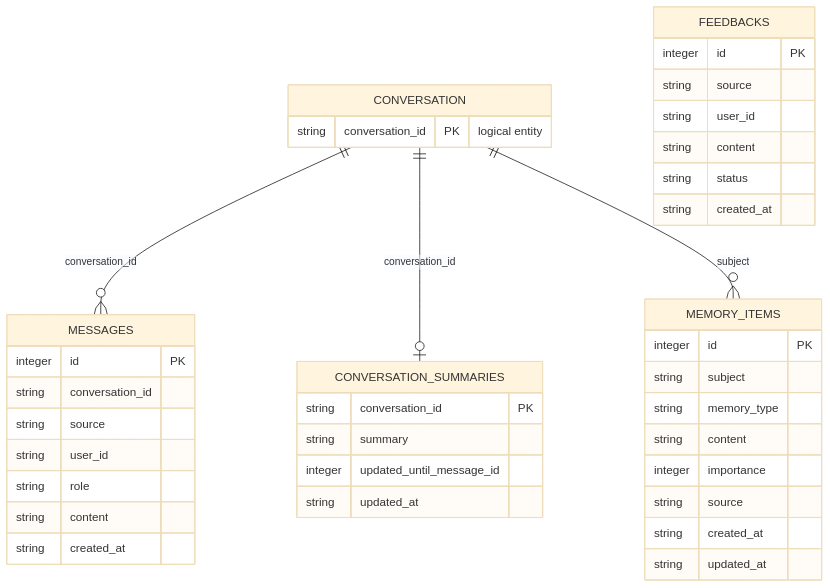
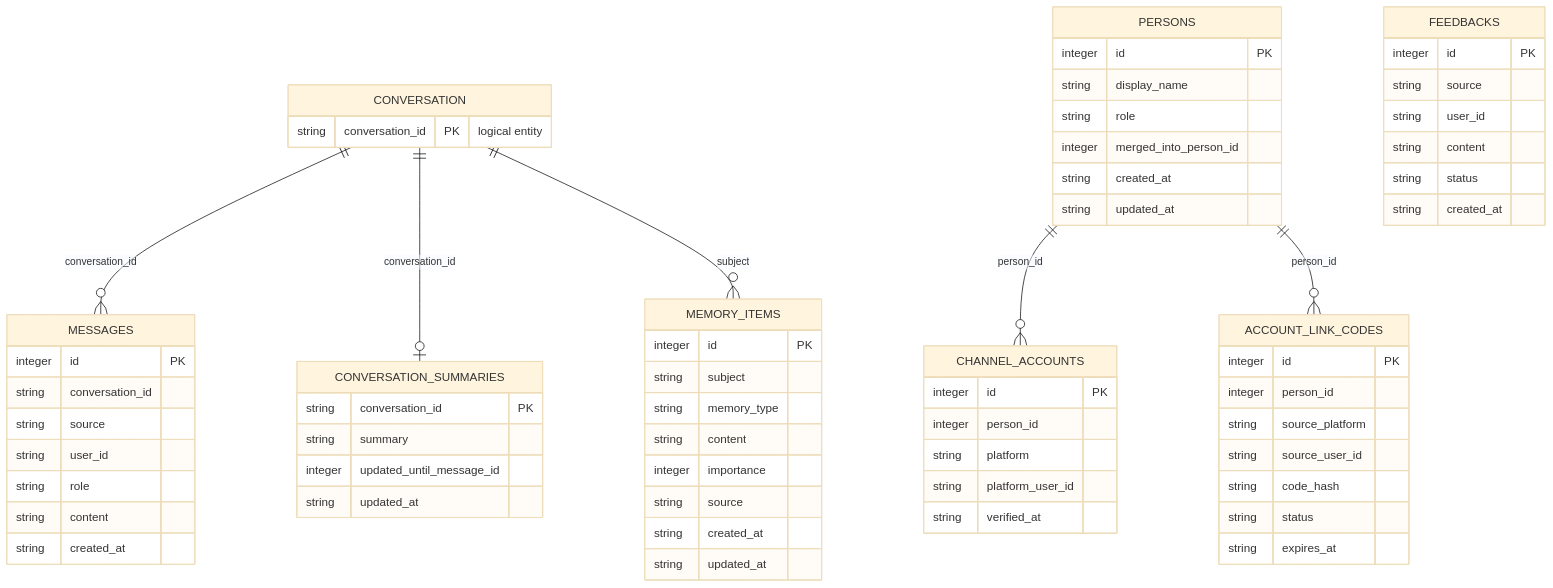
Before and after one commit to GugaBoBo-s/gugabobo: the first of 2 diagrams in docs/PROJECT_BOOK.md, drawn with Mermaid (base theme). The commit also changed other lines of this file and 9 other files, not shown here.

Commit message:
feat(identity): unify cross-channel user context

````diff
--- a/docs/PROJECT_BOOK.md
+++ b/docs/PROJECT_BOOK.md
@@ -414,47 +414,76 @@
 ```mermaid
 erDiagram
     CONVERSATION {
         string conversation_id PK "logical entity"
+    }
+
+    PERSONS {
+        integer id PK
+        string display_name
+        string role
+        integer merged_into_person_id
+        string created_at
+        string updated_at
+    }
+
+    CHANNEL_ACCOUNTS {
+        integer id PK
+        integer person_id
+        string platform
+        string platform_user_id
+        string verified_at
+    }
+
+    ACCOUNT_LINK_CODES {
+        integer id PK
+        integer person_id
+        string source_platform
+        string source_user_id
+        string code_hash
+        string status
+        string expires_at
     }
 
     MESSAGES {
         integer id PK
         string conversation_id
         string source
         string user_id
         string role
         string content
         string created_at
     }
 
     FEEDBACKS {
         integer id PK
         string source
         string user_id
         string content
         string status
         string created_at
     }
 
     CONVERSATION_SUMMARIES {
         string conversation_id PK
         string summary
         integer updated_until_message_id
         string updated_at
     }
 
     MEMORY_ITEMS {
         integer id PK
         string subject
         string memory_type
         string content
         integer importance
         string source
         string created_at
         string updated_at
     }
 
     CONVERSATION ||--o{ MESSAGES : "conversation_id"
     CONVERSATION ||--o| CONVERSATION_SUMMARIES : "conversation_id"
     CONVERSATION ||--o{ MEMORY_ITEMS : "subject"
+    PERSONS ||--o{ CHANNEL_ACCOUNTS : "person_id"
+    PERSONS ||--o{ ACCOUNT_LINK_CODES : "person_id"
 ```
````
